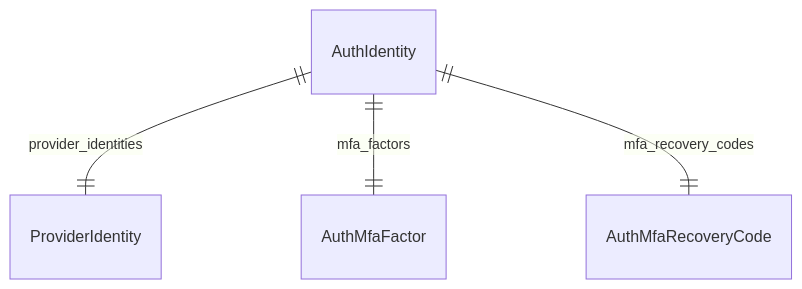
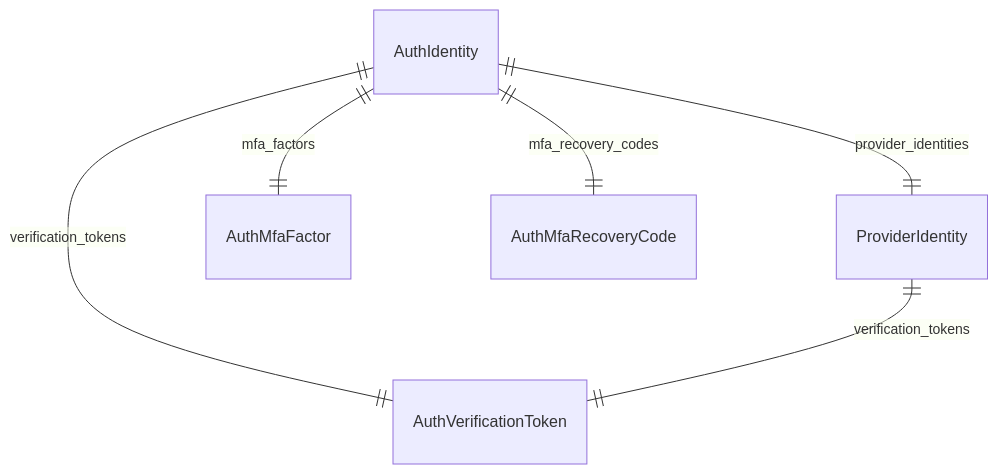
One commit to medusajs/medusa changed the diagram in www/apps/resources/references/modules/auth_models/page.mdx. Above: the diagram before and after it, drawn with Mermaid. The commit also changed other lines of this file and 608 other files, not shown here.

````diff
--- a/www/apps/resources/references/modules/auth_models/page.mdx
+++ b/www/apps/resources/references/modules/auth_models/page.mdx
@@ -14,7 +14,9 @@
 ```mermaid
 erDiagram
 	AuthIdentity ||--|| ProviderIdentity : provider_identities
 	AuthIdentity ||--|| AuthMfaFactor : mfa_factors
 	AuthIdentity ||--|| AuthMfaRecoveryCode : mfa_recovery_codes
+	AuthIdentity ||--|| AuthVerificationToken : verification_tokens
+	ProviderIdentity ||--|| AuthVerificationToken : verification_tokens
 
 ```
````
